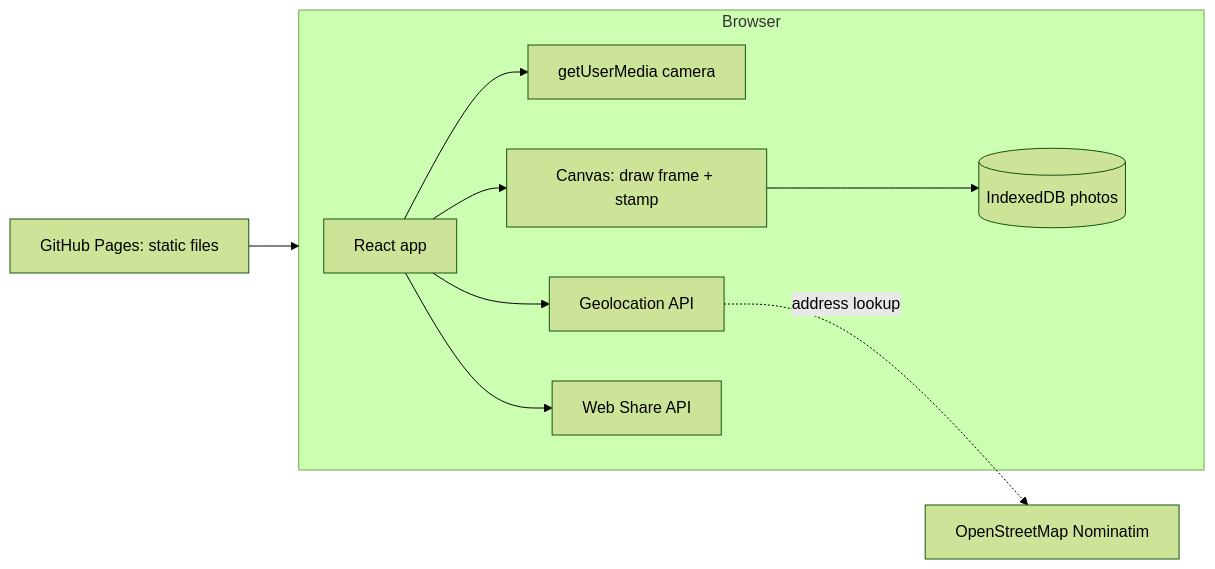
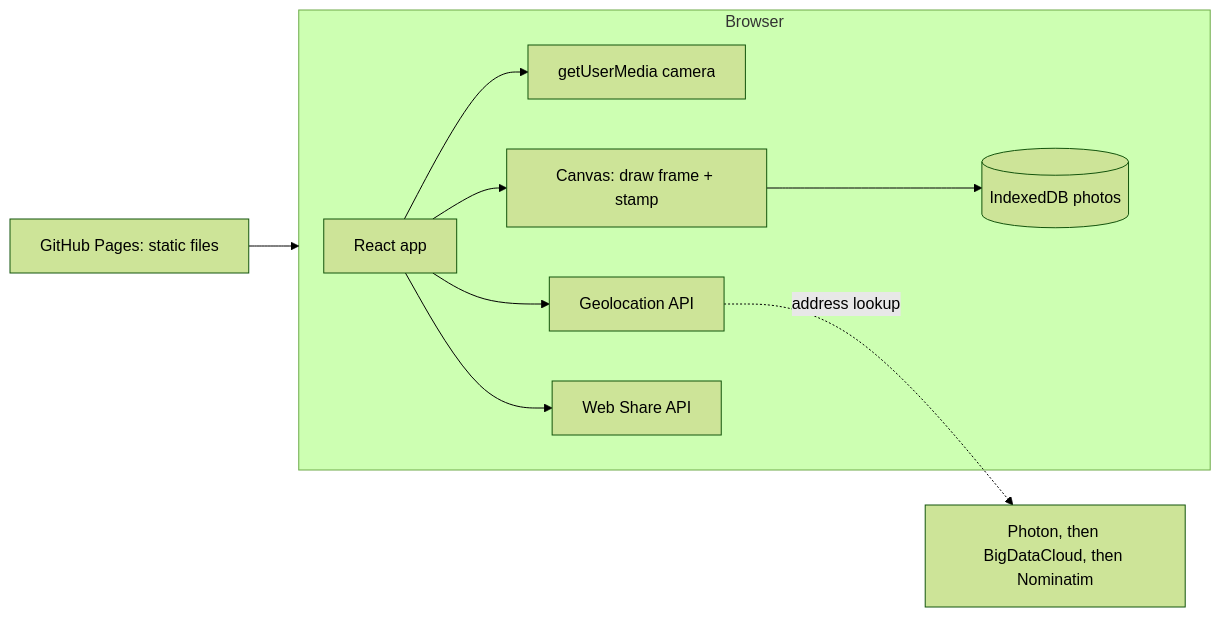
One commit to gnanaswaroop/Spot-Cam changed the first of 2 diagrams in docs/ARCHITECTURE.md. Above: the diagram before and after it, drawn with Mermaid (forest theme). The commit also changed other lines of this file and 21 other files, not shown here.

Commit message:
Fix address lookup: throttle, cache, back off, fall back between services, never stamp an error message

````diff
--- a/docs/ARCHITECTURE.md
+++ b/docs/ARCHITECTURE.md
@@ -9,12 +9,12 @@
 ```mermaid
 flowchart LR
   subgraph Browser
     UI[React app] --> Cam[getUserMedia camera]
     UI --> Geo[Geolocation API]
     UI --> Canvas[Canvas: draw frame + stamp]
     Canvas --> DB[(IndexedDB photos)]
     UI --> Share[Web Share API]
   end
-  Geo -. address lookup .-> OSM[OpenStreetMap Nominatim]
+  Geo -. address lookup .-> OSM[Photon, then BigDataCloud, then Nominatim]
   Host[GitHub Pages: static files] --> Browser
 ```
````
